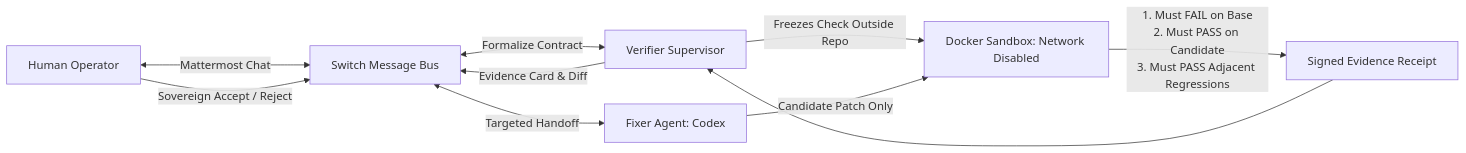
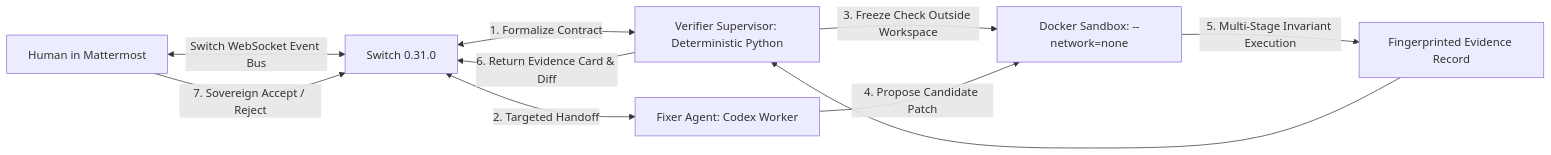
Before and after one commit to sisyphususesarchbtw/synkai-switch: the diagram in README.md, drawn with Mermaid. The commit also changed other lines of this file and 4 other files, not shown here.

````diff
--- a/README.md
+++ b/README.md
@@ -35,12 +78,12 @@
 ```mermaid
 flowchart LR
-    H[Human Operator] <-->|Mattermost Chat| S[Switch Message Bus]
-    S <-->|Formalize Contract| V[Verifier Supervisor]
-    S <-->|Targeted Handoff| F[Fixer Agent: Codex]
-    V -->|Freezes Check Outside Repo| R[Docker Sandbox: Network Disabled]
-    F -->|Candidate Patch Only| R
-    R -->|1. Must FAIL on Base<br/>2. Must PASS on Candidate<br/>3. Must PASS Adjacent Regressions| E[Signed Evidence Receipt]
+    H[Human in Mattermost] <-->|Switch WebSocket Event Bus| S[Switch 0.31.0]
+    S <-->|1. Formalize Contract| V[Verifier Supervisor: Deterministic Python]
+    S <-->|2. Targeted Handoff| F[Fixer Agent: Codex Worker]
+    V -->|3. Freeze Check Outside Workspace| R[Docker Sandbox: --network=none]
+    F -->|4. Propose Candidate Patch| R
+    R -->|5. Multi-Stage Invariant Execution| E[Fingerprinted Evidence Record]
     E --> V
-    V -->|Evidence Card & Diff| S
-    H -->|Sovereign Accept / Reject| S
+    V -->|6. Return Evidence Card & Diff| S
+    H -->|7. Sovereign Accept / Reject| S
 ```
````
